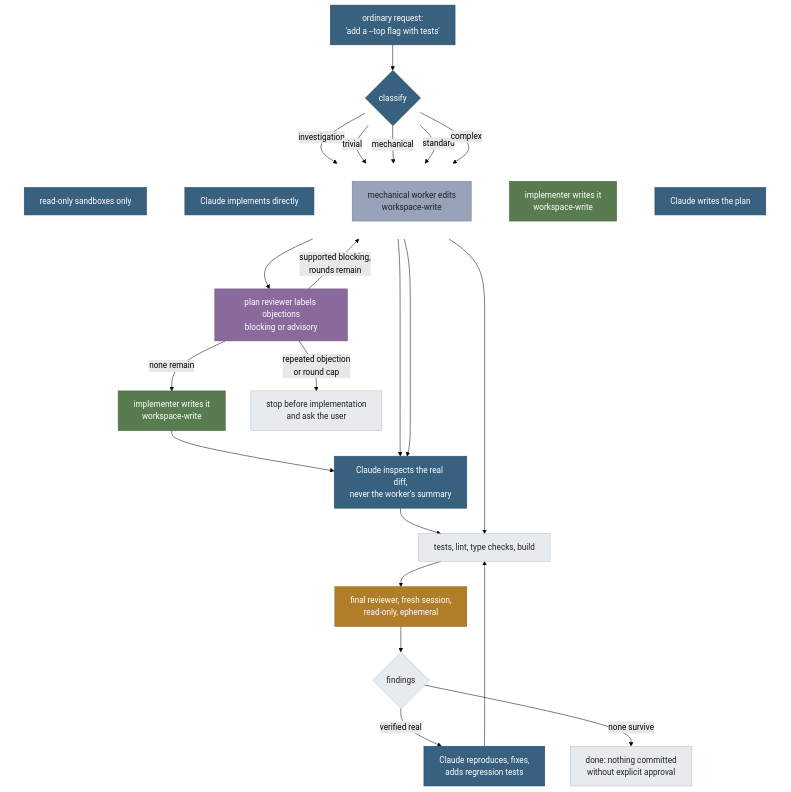
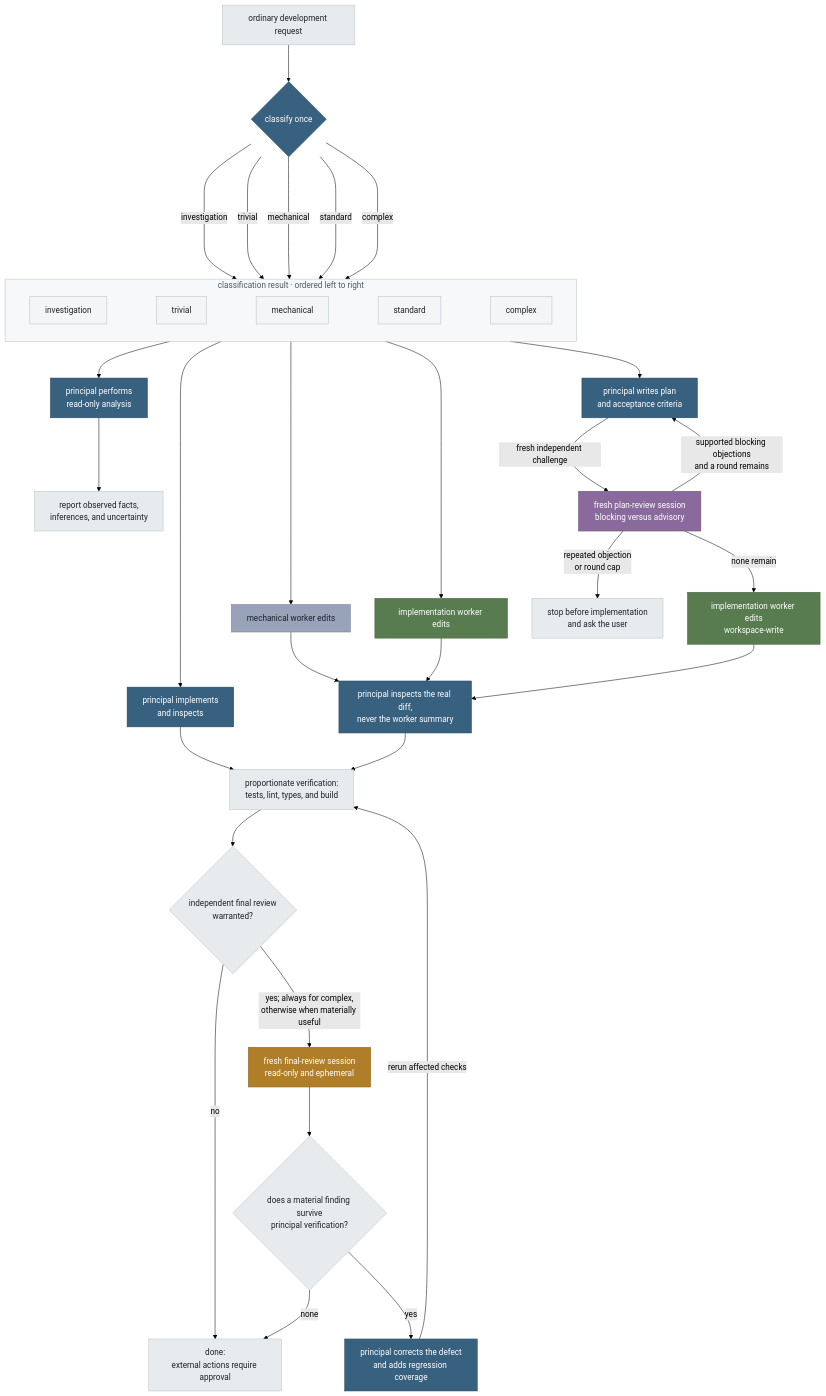
Before and after one commit to nikfilippas/orrery: the diagram in README.md, drawn with Mermaid (forest theme). The commit also changed other lines of this file and 1 other file, not shown here.

````diff
--- a/README.md
+++ b/README.md
@@ -29,44 +23,62 @@
 ```mermaid
+%%{init: {"flowchart": {"curve": "basis", "nodeSpacing": 48, "rankSpacing": 72}}}%%
 flowchart TB
-    U["ordinary request:<br/>'add a --top flag with tests'"] --> C{classify}
-    subgraph ROUTES[" "]
+    U["ordinary development request"] --> C{"classify once"}
+
+    subgraph ROUTES["classification result · ordered left to right"]
       direction LR
-      R[read-only sandboxes only] ~~~ K[Claude implements directly]
-      K ~~~ L[mechanical worker edits<br/>workspace-write]
-      L ~~~ T[implementer writes it<br/>workspace-write]
-      T ~~~ P[Claude writes the plan]
+      I0["investigation"] ~~~ T0["trivial"] ~~~ M0["mechanical"] ~~~ S0["standard"] ~~~ X0["complex"]
     end
-    style ROUTES fill:none,stroke:none
+    style ROUTES fill:#f7f8f9,stroke:#b8c0c7,color:#4c5a63,stroke-width:1px
 
-    C -->|investigation| R
-    C -->|trivial| K[Claude implements directly]
-    C -->|mechanical| L[mechanical worker edits<br/>workspace-write]
-    C -->|standard| T[implementer writes it<br/>workspace-write]
-    C -->|complex| P[Claude writes the plan]
-    P --> Q[plan reviewer labels objections<br/>blocking or advisory]
-    Q -->|supported blocking,<br/>rounds remain| P
-    Q -->|none remain| J[implementer writes it<br/>workspace-write]
-    Q -->|repeated objection<br/>or round cap| E[stop before implementation<br/>and ask the user]
-    L --> I[Claude inspects the real diff,<br/>never the worker's summary]
-    T --> I
-    J --> I
-    K --> V
-    I --> V[tests, lint, type checks, build]
-    V --> S[final reviewer, fresh session,<br/>read-only, ephemeral]
-    S --> F{findings}
-    F -->|verified real| X[Claude reproduces, fixes,<br/>adds regression tests] --> V
-    F -->|none survive| D[done: nothing committed<br/>without explicit approval]
+    C ---->|investigation| I0
+    C ---->|trivial| T0
+    C ---->|mechanical| M0
+    C ---->|standard| S0
+    C ---->|complex| X0
 
-    classDef claude fill:#38617f,stroke:#2a4a62,color:#ffffff
+    I0 --> INV["principal performs<br/>read-only analysis"]
+    INV --> REPORT["report observed facts,<br/>inferences, and uncertainty"]
+
+    T0 --> TRI["principal implements<br/>and inspects"]
+    M0 --> MEC["mechanical worker edits"]
+    S0 --> STD["implementation worker edits"]
+
+    X0 --> PLAN["principal writes plan<br/>and acceptance criteria"]
+    PLAN -->|fresh independent challenge| PLAN_REVIEW["fresh plan-review session<br/>blocking versus advisory"]
+    PLAN_REVIEW -->|supported blocking objections<br/>and a round remains| PLAN
+    PLAN_REVIEW -->|none remain| COMPLEX_IMPL["implementation worker edits<br/>workspace-write"]
+    PLAN_REVIEW -->|repeated objection<br/>or round cap| ESCALATE["stop before implementation<br/>and ask the user"]
+
+    MEC --> INSPECT["principal inspects the real diff,<br/>never the worker summary"]
+    STD --> INSPECT
+    COMPLEX_IMPL --> INSPECT
+
+    TRI --> VERIFY["proportionate verification:<br/>tests, lint, types, and build"]
+    INSPECT --> VERIFY
+
+    VERIFY --> REVIEW_GATE{"independent final review<br/>warranted?"}
+    REVIEW_GATE -->|no| DONE["done:<br/>external actions require approval"]
+    REVIEW_GATE -->|yes; always for complex,<br/>otherwise when materially useful| REVIEW["fresh final-review session<br/>read-only and ephemeral"]
+
+    REVIEW --> FINDINGS{"does a material finding survive<br/>principal verification?"}
+    FINDINGS -->|none| DONE
+    FINDINGS -->|yes| CORRECT["principal corrects the defect<br/>and adds regression coverage"]
+    CORRECT -->|rerun affected checks| VERIFY
+
+    classDef principal fill:#38617f,stroke:#2a4a62,color:#ffffff
     classDef mechanic fill:#98a2b8,stroke:#737d94,color:#1b2226
     classDef implementer fill:#587b50,stroke:#44603e,color:#ffffff
     classDef planreviewer fill:#8a6a9c,stroke:#6d5279,color:#ffffff
     classDef reviewer fill:#b07e28,stroke:#8c641f,color:#ffffff
     classDef quiet fill:#e8ebee,stroke:#b8c0c7,color:#1b2226
-    class U,C,R,K,I,X,P claude
-    class L mechanic
-    class T,J implementer
-    class Q planreviewer
-    class S reviewer
-    class V,F,D,E quiet
+    classDef route fill:#f4f5f6,stroke:#b8c0c7,color:#1b2226
+
+    class C,INV,TRI,PLAN,INSPECT,CORRECT principal
+    class MEC mechanic
+    class STD,COMPLEX_IMPL implementer
+    class PLAN_REVIEW planreviewer
+    class REVIEW reviewer
+    class U,REPORT,ESCALATE,VERIFY,REVIEW_GATE,FINDINGS,DONE quiet
+    class I0,T0,M0,S0,X0 route
 ```
````
